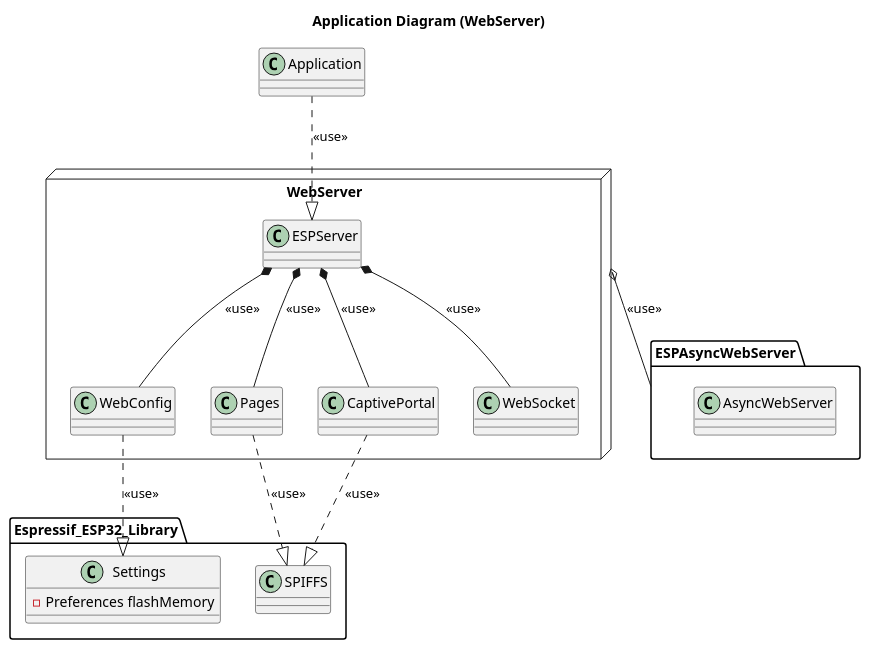
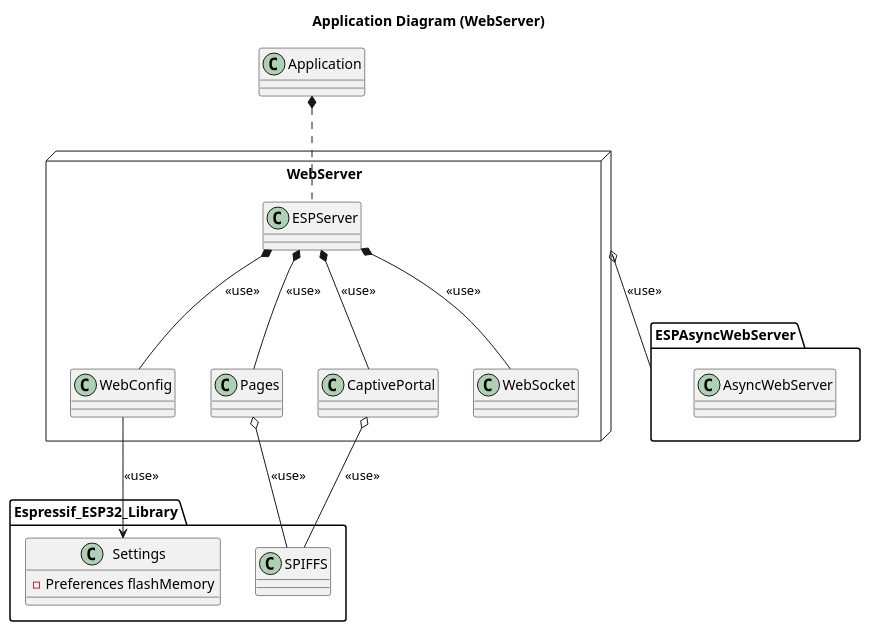
Before and after one commit to NewTec-GmbH/esp32-can-iot: the diagram in Coding/fw/doc/design/Architecture_Webserver.plantuml, drawn with PlantUML. The commit also changed 1 other file, not shown here.

Commit message:
Fixed Diagram Arrows

```diff
--- a/Coding/fw/doc/design/Architecture_Webserver.plantuml
+++ b/Coding/fw/doc/design/Architecture_Webserver.plantuml
@@ -1,38 +1,38 @@
 @startuml
 Title Application Diagram (WebServer)
 
 Class Application
 
 package WebServer <<node>>
 {
     Class WebConfig
     Class Pages
     Class CaptivePortal
 
-    Application ..|> ESPServer : <<use>>
+    Application *.. ESPServer
     ESPServer 	*-- WebConfig : <<use>>
     ESPServer 	*-- Pages : <<use>>
     ESPServer 	*-- CaptivePortal : <<use>>
     ESPServer 	*-- WebSocket : <<use>>
 }
 
 package Espressif_ESP32_Library{
     Class Settings{
 
         -Preferences flashMemory
     }
     Class SPIFFS
 
-    WebConfig ..|> Settings : <<use>>
-    Pages ..|> SPIFFS : <<use>>
-    CaptivePortal ..|> SPIFFS : <<use>>
+    WebConfig --> Settings : <<use>>
+    Pages o-- SPIFFS : <<use>>
+    CaptivePortal o-- SPIFFS : <<use>>
 }
 
 package ESPAsyncWebServer <<folder>>
 {
     Class AsyncWebServer
 }
 
 WebServer 	o-- ESPAsyncWebServer : <<use>>
 
 @enduml
```
